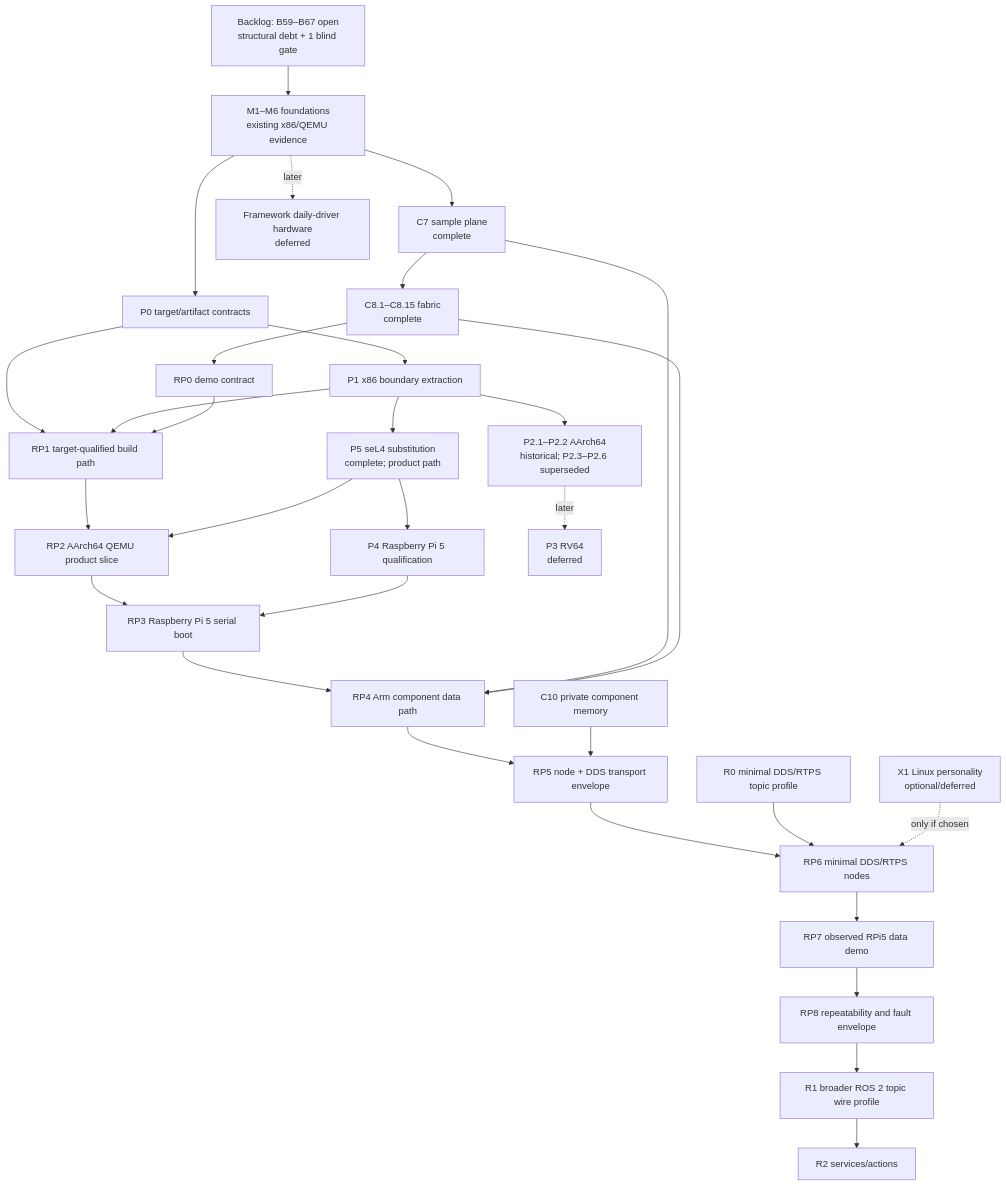
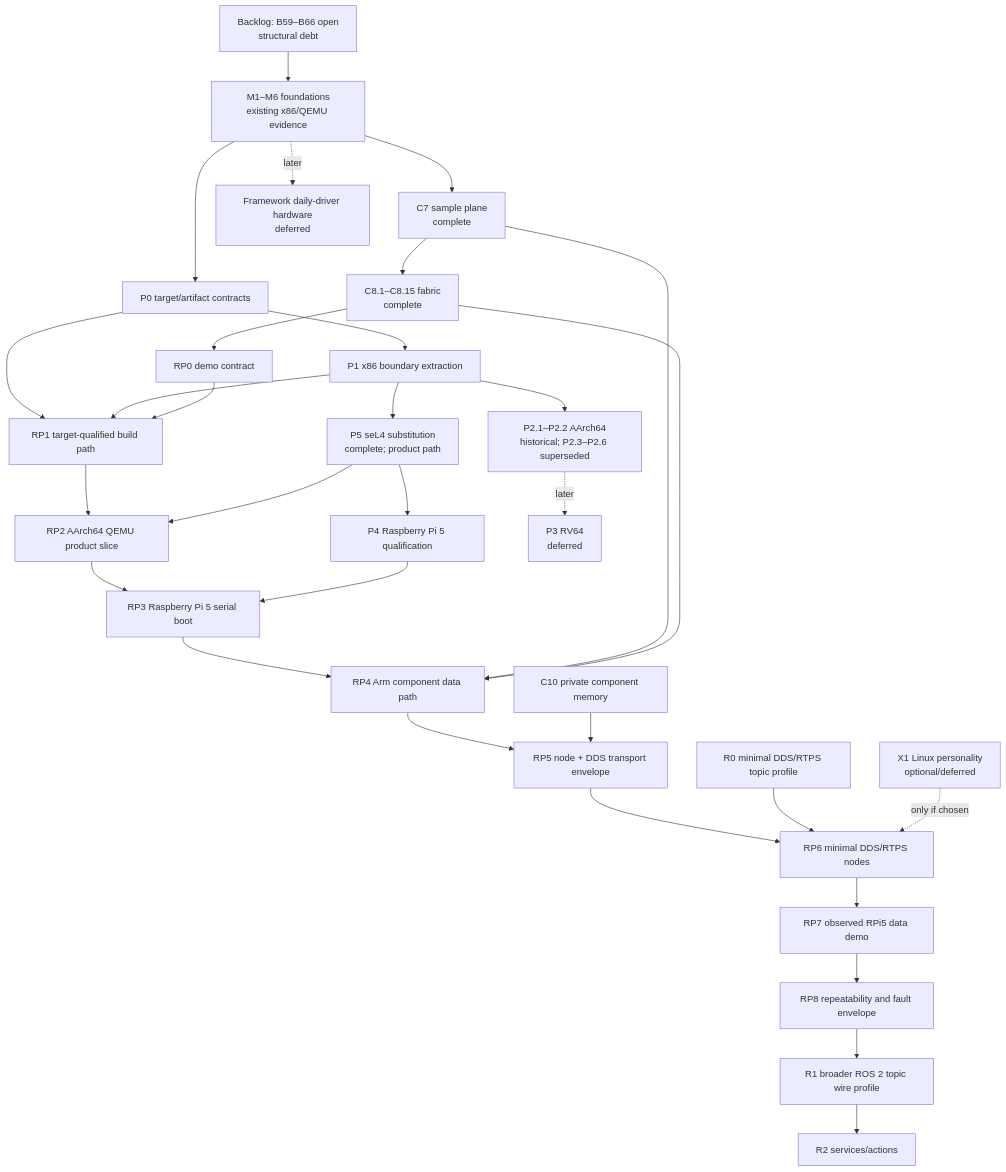
One commit to iceice666/slime_os changed the diagram in roadmap/README.md. Above: the diagram before and after it, drawn with Mermaid. The commit also changed other lines of this file and 3 other files, not shown here.

First line of the commit message:
docs(roadmap/backlog): resolve B67 with both defects recorded

````diff
--- a/roadmap/README.md
+++ b/roadmap/README.md
@@ -44,47 +44,47 @@
 ```mermaid
 flowchart TD
-    Backlog["Backlog: B59–B67 open\nstructural debt + 1 blind gate"]
+    Backlog["Backlog: B59–B66 open\nstructural debt"]
     Foundations["M1–M6 foundations\nexisting x86/QEMU evidence"]
     C7["C7 sample plane\ncomplete"]
     C8["C8.1–C8.15 fabric\ncomplete"]
     P0["P0 target/artifact contracts"]
     P1["P1 x86 boundary extraction"]
     P2["P2.1–P2.2 AArch64\nhistorical; P2.3–P2.6 superseded"]
     P5["P5 seL4 substitution\ncomplete; product path"]
     P4["P4 Raspberry Pi 5 qualification"]
     C10["C10 private component memory"]
     R0["R0 minimal DDS/RTPS topic profile"]
     RP0["RP0 demo contract"]
     RP1["RP1 target-qualified build path"]
     RP2["RP2 AArch64 QEMU product slice"]
     RP3["RP3 Raspberry Pi 5 serial boot"]
     RP4["RP4 Arm component data path"]
     RP5["RP5 node + DDS transport envelope"]
     RP6["RP6 minimal DDS/RTPS nodes"]
     RP7["RP7 observed RPi5 data demo"]
     RP8["RP8 repeatability and fault envelope"]
     R1["R1 broader ROS 2 topic wire profile"]
     R2["R2 services/actions"]
     Framework["Framework daily-driver hardware\ndeferred"]
     RV64["P3 RV64\ndeferred"]
     X1["X1 Linux personality\noptional/deferred"]
 
     Backlog --> Foundations
     Foundations --> C7 --> C8
     Foundations --> P0 --> P1 --> P5 --> P4
     P1 --> P2
     C8 --> RP0
     P0 --> RP1
     P1 --> RP1
     RP0 --> RP1 --> RP2 --> RP3 --> RP4 --> RP5 --> RP6 --> RP7 --> RP8
     P5 --> RP2
     P4 --> RP3
     C7 --> RP4
     C8 --> RP4
     C10 --> RP5
     R0 --> RP6
     X1 -.->|only if chosen| RP6
     RP8 --> R1 --> R2
     P2 -.->|later| RV64
     Foundations -.->|later| Framework
 ```
````
